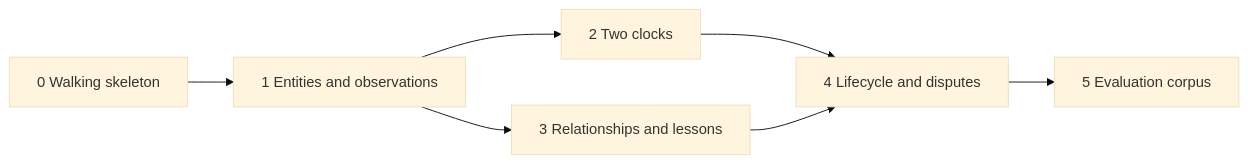
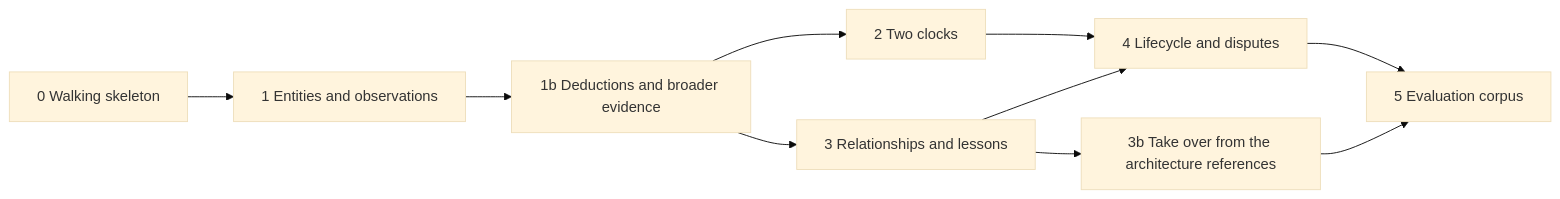
The second of 2 diagrams in docs/planning/07-local-mvp.md (rztaylor/Froodbase), drawn with Mermaid (base theme) before and after one commit. The commit also changed other lines of this file and 3 other files, not shown here.

````diff
--- a/docs/planning/07-local-mvp.md
+++ b/docs/planning/07-local-mvp.md
@@ -74,9 +76,12 @@
 ```mermaid
 flowchart LR
     S0["0 Walking skeleton"] --> S1["1 Entities and observations"]
-    S1 --> S2["2 Two clocks"]
-    S1 --> S3["3 Relationships and lessons"]
+    S1 --> S1b["1b Deductions and broader evidence"]
+    S1b --> S2["2 Two clocks"]
+    S1b --> S3["3 Relationships and lessons"]
+    S3 --> S3b["3b Take over from the architecture references"]
     S2 --> S4["4 Lifecycle and disputes"]
     S3 --> S4
     S4 --> S5["5 Evaluation corpus"]
+    S3b --> S5
 ```
````
